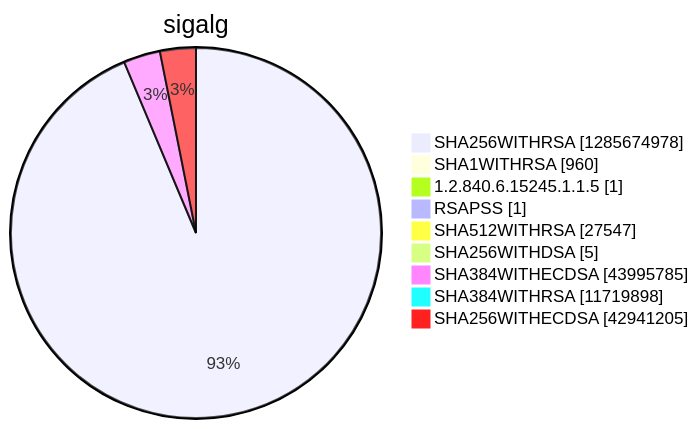
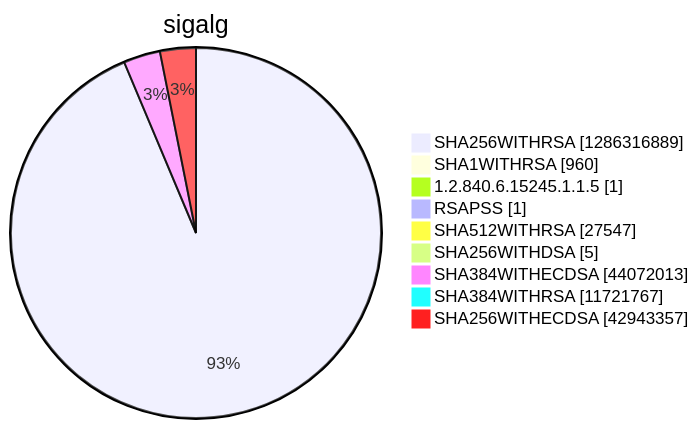
One commit to christiankrug/ctmonitor_visualization changed diagram 15 of 15 in argon2022/README.md. Above: the diagram before and after it, drawn with Mermaid. The commit also changed other lines of this file, not shown here.

````diff
--- a/argon2022/README.md
+++ b/argon2022/README.md
@@ -5523,13 +5523,13 @@
 ```mermaid
 pie showData
 title sigalg
-"SHA256WITHRSA" :1285674978
+"SHA256WITHRSA" :1286316889
 "SHA1WITHRSA" :960
 "1.2.840.6.15245.1.1.5" :1
 "RSAPSS" :1
 "SHA512WITHRSA" :27547
 "SHA256WITHDSA" :5
-"SHA384WITHECDSA" :43995785
-"SHA384WITHRSA" :11719898
-"SHA256WITHECDSA" :42941205
+"SHA384WITHECDSA" :44072013
+"SHA384WITHRSA" :11721767
+"SHA256WITHECDSA" :42943357
 ```
````
